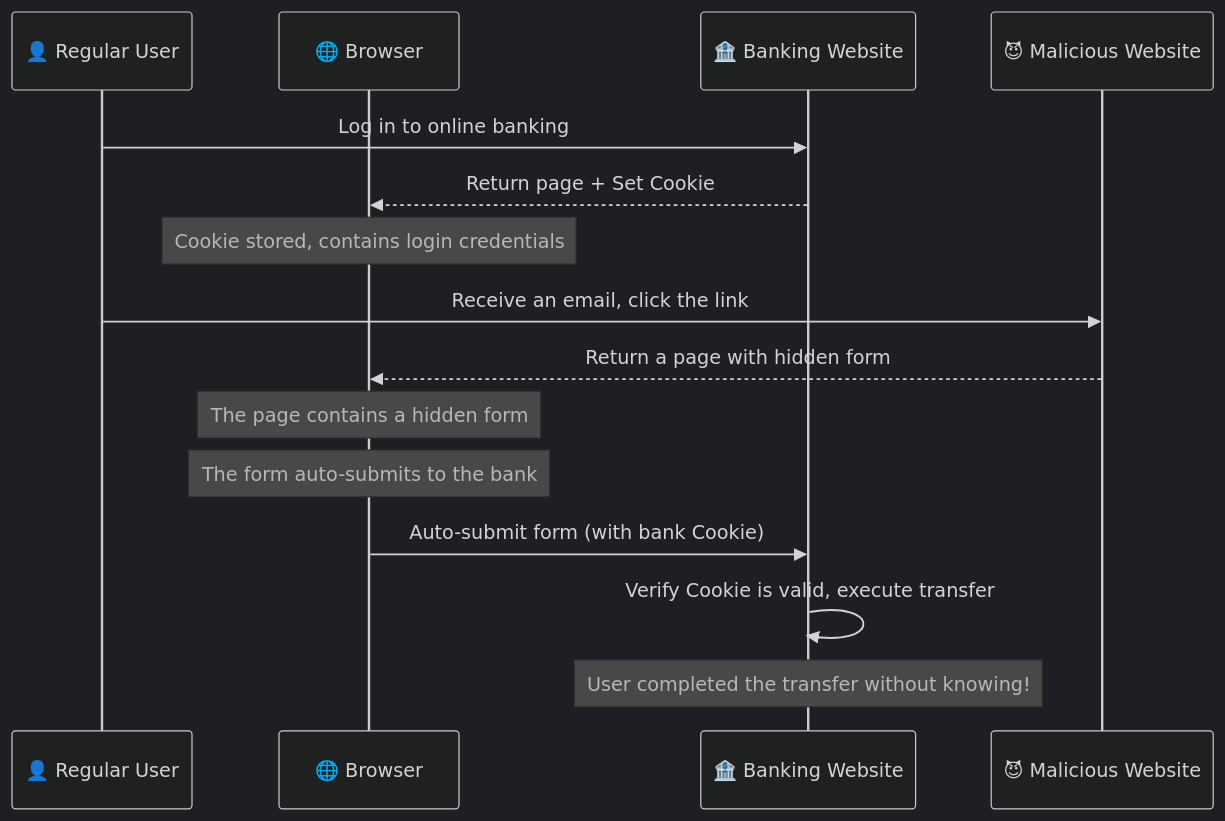
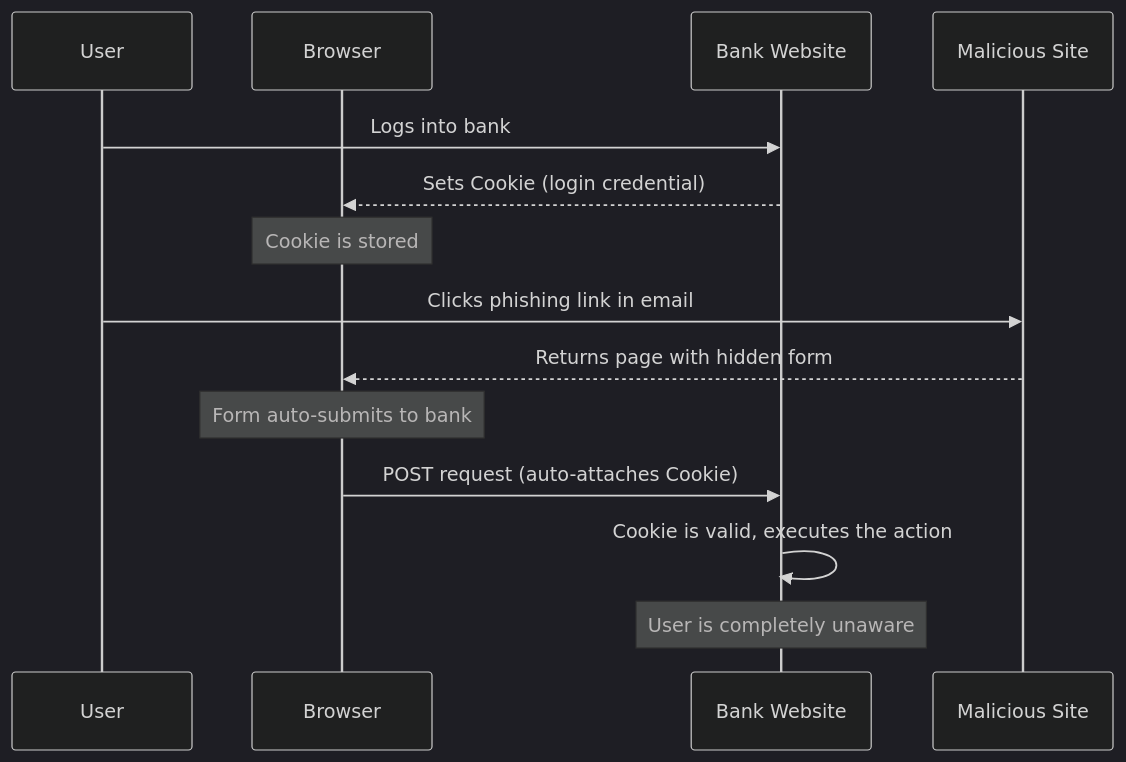
The first of 5 diagrams in articles/en/nodejs-security-guide.mdx (zhangshichuan/maxzhang.site), drawn with Mermaid (dark theme) before and after one commit. The commit also changed other lines of this file and 49 other files, not shown here.

````diff
--- a/articles/en/nodejs-security-guide.mdx
+++ b/articles/en/nodejs-security-guide.mdx
@@ -48,20 +58,19 @@
 ```mermaid
 sequenceDiagram
-    participant User as 👤 Regular User
-    participant Browser as 🌐 Browser
-    participant Bank as 🏦 Banking Website
-    participant Evil as 😈 Malicious Website
+    participant User as User
+    participant Browser as Browser
+    participant Bank as Bank Website
+    participant Evil as Malicious Site
 
-    User->>Bank: Log in to online banking
-    Bank-->>Browser: Return page + Set Cookie
-    Note over Browser: Cookie stored, contains login credentials
+    User->>Bank: Logs into bank
+    Bank-->>Browser: Sets Cookie (login credential)
+    Note over Browser: Cookie is stored
 
-    User->>Evil: Receive an email, click the link
-    Evil-->>Browser: Return a page with hidden form
-    Note over Browser: The page contains a hidden form
-    Note over Browser: The form auto-submits to the bank
+    User->>Evil: Clicks phishing link in email
+    Evil-->>Browser: Returns page with hidden form
+    Note over Browser: Form auto-submits to bank
 
-    Browser->>Bank: Auto-submit form (with bank Cookie)
-    Bank->>Bank: Verify Cookie is valid, execute transfer
-    Note over Bank: User completed the transfer without knowing!
+    Browser->>Bank: POST request (auto-attaches Cookie)
+    Bank->>Bank: Cookie is valid, executes the action
+    Note over Bank: User is completely unaware
 ```
````
